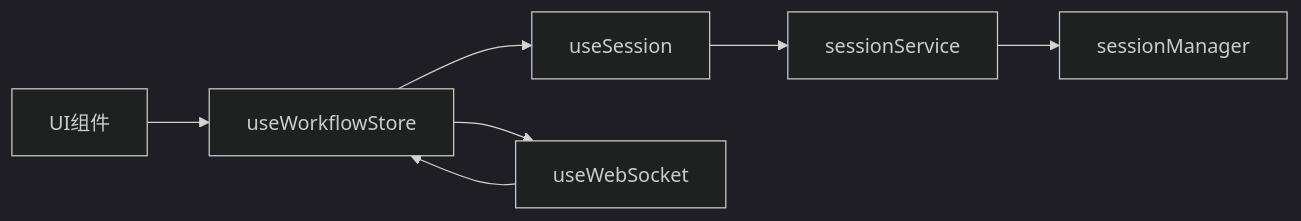
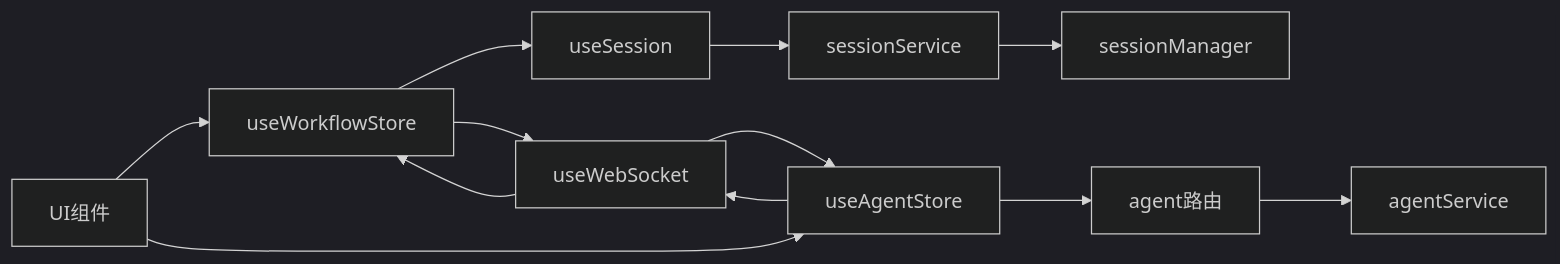
The eighth of 8 diagrams in .qoder/repowiki/zh/content/前端应用/状态管理系统/工作流状态管理/工作流状态管理.md (billye220670/CorineKit_Pix2Real), drawn with Mermaid (dark theme) before and after one commit. The commit also changed other lines of this file and 20 other files, not shown here.

````diff
--- a/.qoder/repowiki/zh/content/前端应用/状态管理系统/工作流状态管理/工作流状态管理.md
+++ b/.qoder/repowiki/zh/content/前端应用/状态管理系统/工作流状态管理/工作流状态管理.md
@@ -355,9 +546,14 @@
 ```mermaid
 graph LR
 UI["UI组件"] --> Store["useWorkflowStore"]
+UI --> AgentStore["useAgentStore"]
 Store --> Session["useSession"]
 Store --> WS["useWebSocket"]
+AgentStore --> WS
 Session --> APIClient["sessionService"]
 APIClient --> Srv["sessionManager"]
 WS --> Store
+WS --> AgentStore
+AgentStore --> AgentAPI["agent路由"]
+AgentAPI --> AgentService["agentService"]
 ```
````
